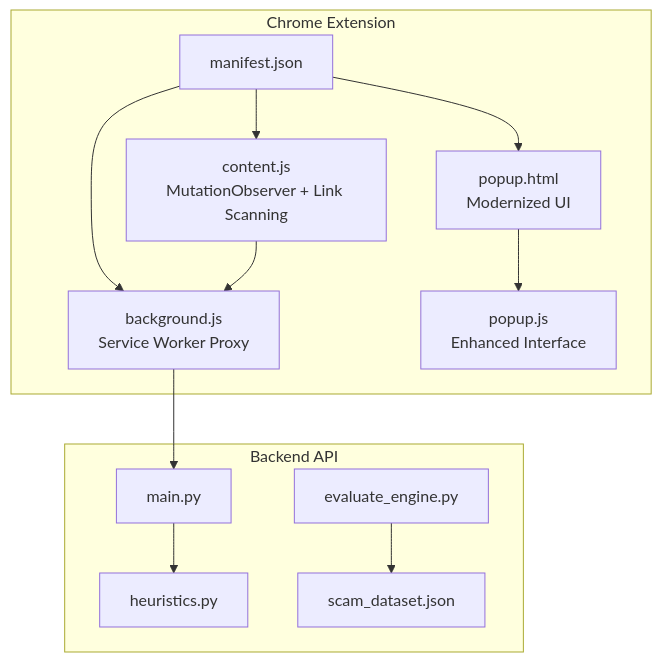
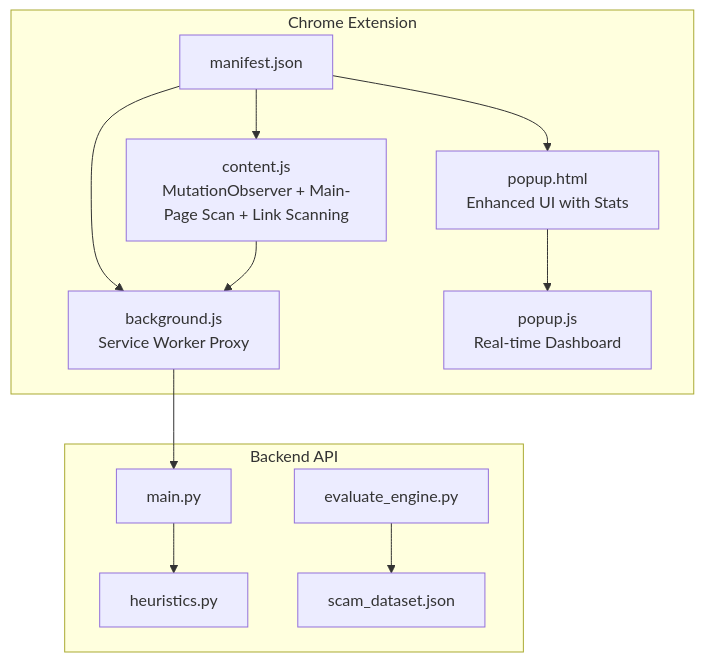
The first of 7 diagrams in .qoder/repowiki/en/content/Chrome Extension Development.md (Aymanaahh/scrollguard-ai), drawn with Mermaid before and after one commit. The commit also changed other lines of this file and 34 other files, not shown here.

````diff
--- a/.qoder/repowiki/en/content/Chrome Extension Development.md
+++ b/.qoder/repowiki/en/content/Chrome Extension Development.md
@@ -48,24 +47,24 @@
 ```mermaid
 graph TB
 subgraph "Chrome Extension"
 M["manifest.json"]
 BG["background.js<br/>Service Worker Proxy"]
-C["content.js<br/>MutationObserver + Link Scanning"]
-PHTML["popup.html<br/>Modernized UI"]
-PJ["popup.js<br/>Enhanced Interface"]
+C["content.js<br/>MutationObserver + Main-Page Scan + Link Scanning"]
+PHTML["popup.html<br/>Enhanced UI with Stats"]
+PJ["popup.js<br/>Real-time Dashboard"]
 end
 subgraph "Backend API"
 MAIN["main.py"]
 HEUR["heuristics.py"]
 EVAL["evaluate_engine.py"]
 DATASET["scam_dataset.json"]
 end
 M --> BG
 M --> C
 M --> PHTML
 PHTML --> PJ
 C --> BG
 BG --> MAIN
 MAIN --> HEUR
 EVAL --> DATASET
 ```
````
